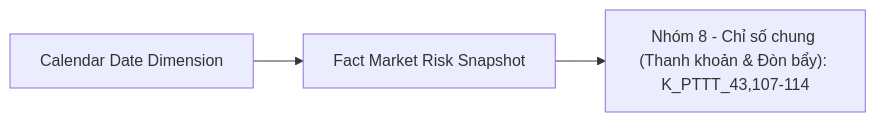
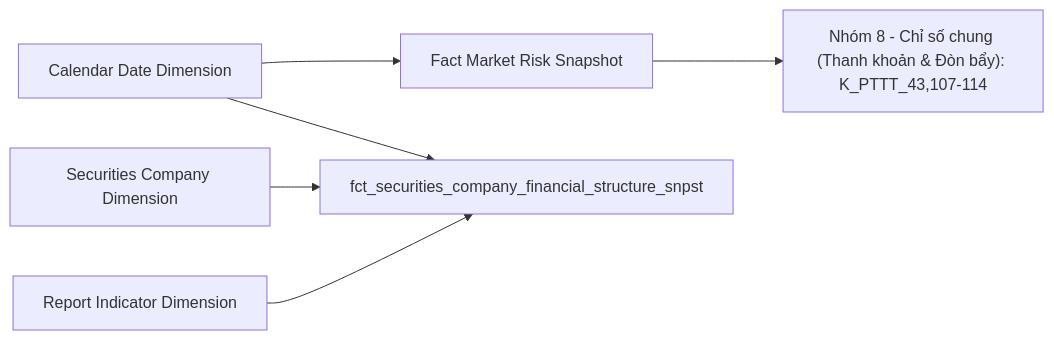
One commit to linhlvit/ubck_atomic_design changed diagram 26 of 58 in Datamart/hld/DTM_PTTT_HLD.md. Above: the diagram before and after it, drawn with Mermaid. The commit also changed other lines of this file and 9 other files, not shown here.

Commit message:
feat(PTTT): update phan he : PTTT - unblock 102 KPI, them fct_macro_indicator_snpst va dong O_PTTT_11, O_PTTT_13

````diff
--- a/Datamart/hld/DTM_PTTT_HLD.md
+++ b/Datamart/hld/DTM_PTTT_HLD.md
@@ -1261,8 +1484,11 @@
 ```mermaid
 flowchart LR
     fct_market_risk_snpst["Fact Market Risk Snapshot"]
     cdr_dt_dim["Calendar Date Dimension"]
     rpt_nhom8["Nhóm 8 - Chỉ số chung (Thanh khoản & Đòn bẩy): K_PTTT_43,107-114"]
     cdr_dt_dim --> fct_market_risk_snpst
     fct_market_risk_snpst --> rpt_nhom8
+    cdr_dt_dim["Calendar Date Dimension"] --> fct_securities_company_financial_structure_snpst
+    securities_company_dim["Securities Company Dimension"] --> fct_securities_company_financial_structure_snpst
+    report_indicator_dim["Report Indicator Dimension"] --> fct_securities_company_financial_structure_snpst
 ```
````
